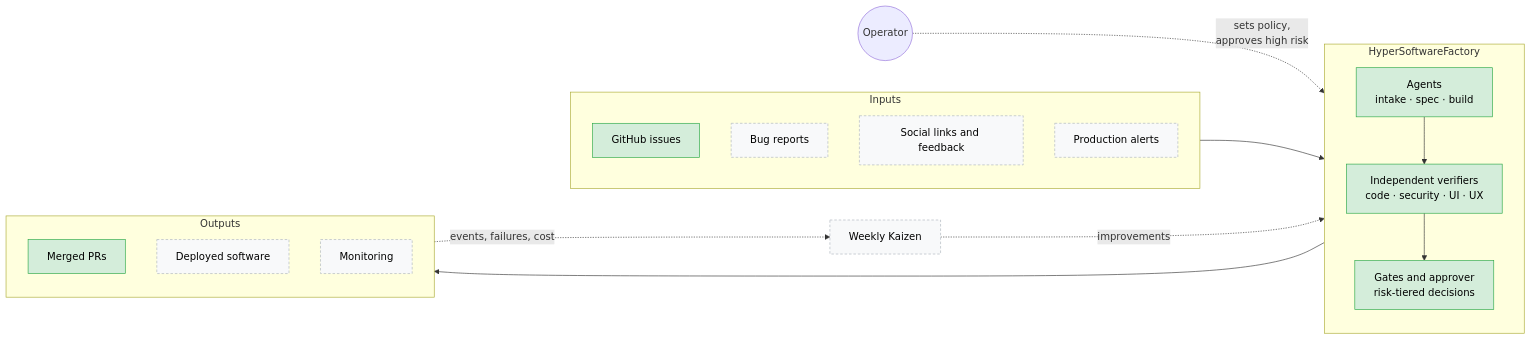
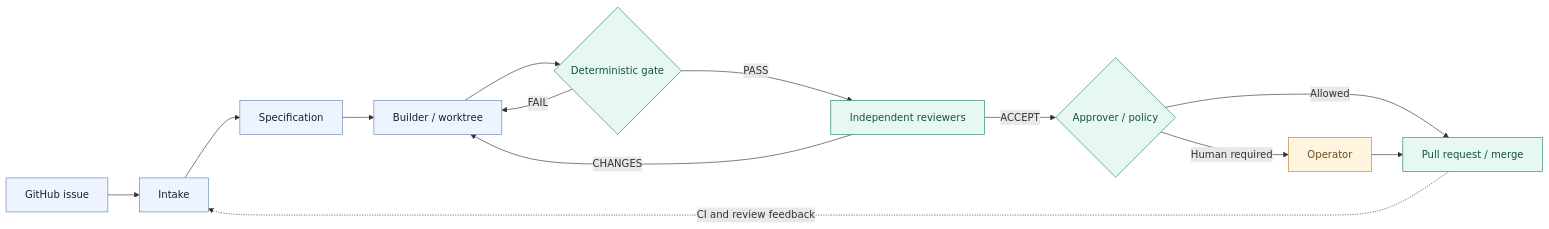
The first of 4 diagrams in README.md (harry738/HyperSoftwareFactory), drawn with Mermaid before and after one commit. The commit also changed other lines of this file and 3 other files, not shown here.

````diff
--- a/README.md
+++ b/README.md
@@ -34,35 +71,21 @@
 ```mermaid
 flowchart LR
-    subgraph IN["Inputs"]
-        direction TB
-        I1["GitHub issues"]
-        I2["Bug reports"]
-        I3["Social links and feedback"]
-        I4["Production alerts"]
-    end
-
-    subgraph HSF["HyperSoftwareFactory"]
-        direction TB
-        A["Agents<br/>intake · spec · build"]
-        V["Independent verifiers<br/>code · security · UI · UX"]
-        G["Gates and approver<br/>risk-tiered decisions"]
-        A --> V --> G
-    end
-
-    subgraph OUT["Outputs"]
-        direction TB
-        O1["Merged PRs"]
-        O2["Deployed software"]
-        O3["Monitoring"]
-    end
-
-    IN --> HSF --> OUT
-    O3 -. "events, failures, cost" .-> K["Weekly Kaizen"]
-    K -. "improvements" .-> HSF
-    H(("Operator")) -. "sets policy,<br/>approves high risk" .-> G
-
-    classDef built fill:#d4edda,stroke:#28a745,color:#000
-    classDef planned fill:#f8f9fa,stroke:#adb5bd,stroke-dasharray:4 3,color:#000
-    class I1,A,V,G,O1 built
-    class I2,I3,I4,O2,O3,K planned
+    I["GitHub issue"] --> T["Intake"]
+    T --> S["Specification"]
+    S --> B["Builder / worktree"]
+    B --> G{"Deterministic gate"}
+    G -- FAIL --> B
+    G -- PASS --> R["Independent reviewers"]
+    R -- CHANGES --> B
+    R -- ACCEPT --> A{"Approver / policy"}
+    A -- "Human required" --> H["Operator"]
+    A -- "Allowed" --> P["Pull request / merge"]
+    H --> P
+    P -. "CI and review feedback" .-> T
+    classDef agent fill:#eef4ff,stroke:#6682b5,color:#172033
+    classDef assure fill:#e7f8f1,stroke:#218364,color:#14523f
+    classDef human fill:#fff4df,stroke:#b78329,color:#684a17
+    class I,T,S,B agent
+    class G,R,A,P assure
+    class H human
 ```
````
